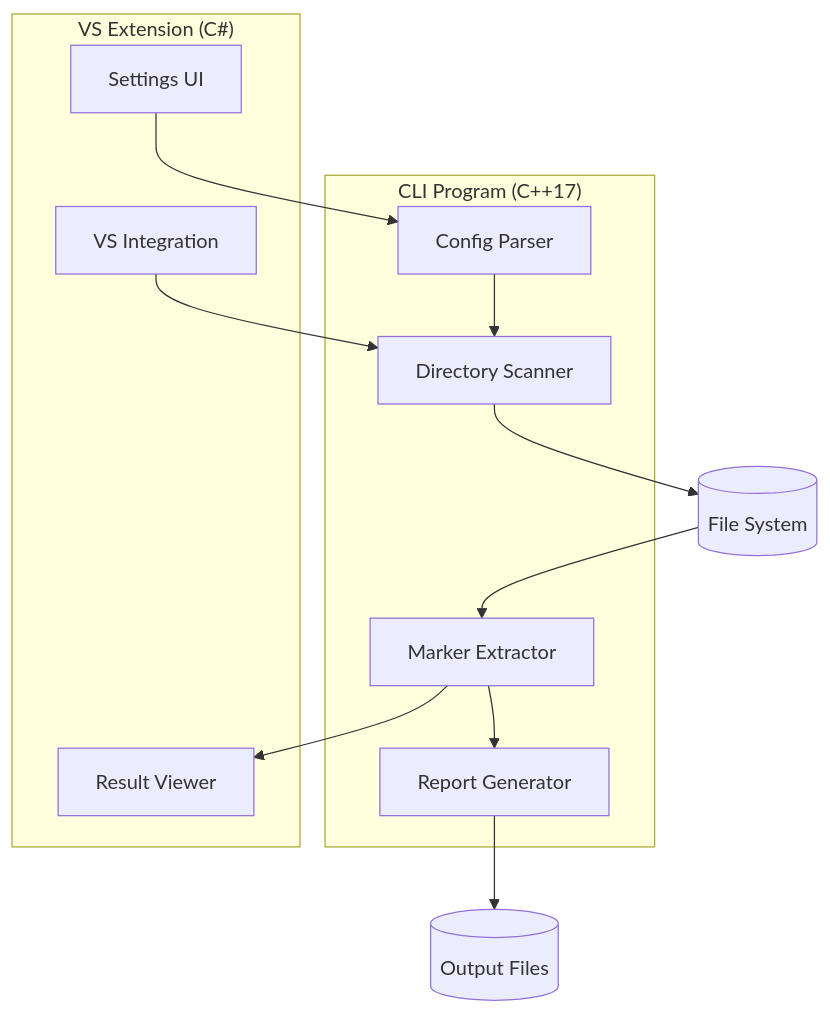
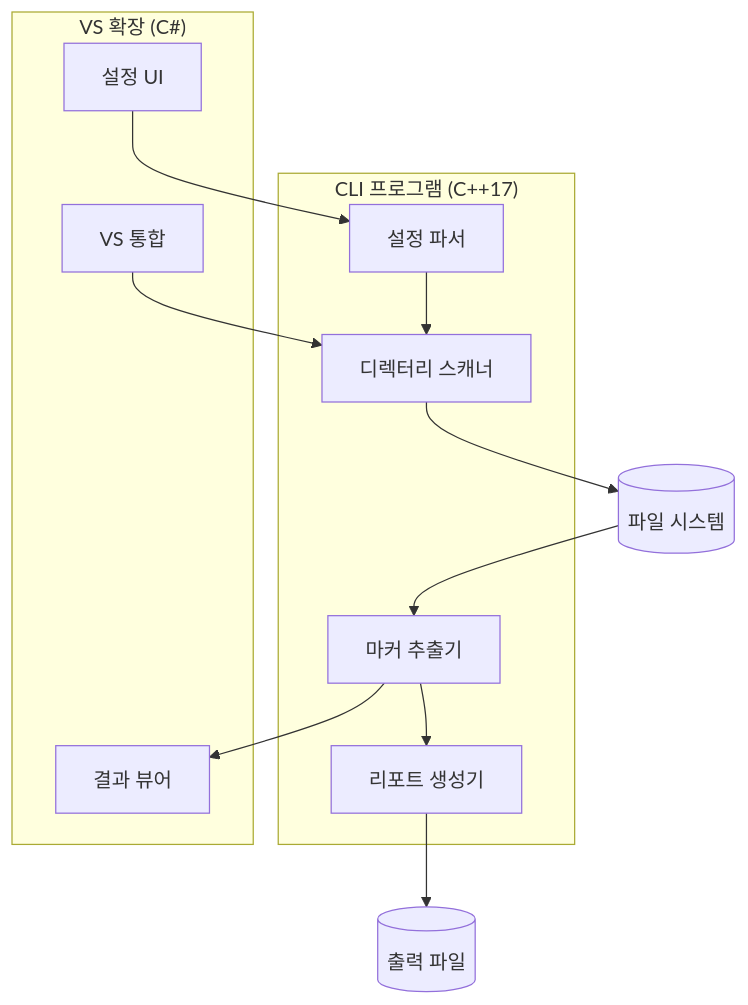
One commit to SleighMaster99/TODOExtractor changed the first of 4 diagrams in docs/architecture.md. Above: the diagram before and after it, drawn with Mermaid. The commit also changed other lines of this file and 1 other file, not shown here.

````diff
--- a/docs/architecture.md
+++ b/docs/architecture.md
@@ -46,28 +46,28 @@
 ```mermaid
 graph TB
-    subgraph CLI["CLI Program (C++17)"]
-        Config[Config Parser]
-        Scanner[Directory Scanner]
-        Extractor[Marker Extractor]
-        Reporter[Report Generator]
+    subgraph CLI["CLI 프로그램 (C++17)"]
+        Config[설정 파서]
+        Scanner[디렉터리 스캐너]
+        Extractor[마커 추출기]
+        Reporter[리포트 생성기]
     end
 
-    subgraph VSExt["VS Extension (C#)"]
-        UI[Settings UI]
-        Viewer[Result Viewer]
-        Integration[VS Integration]
+    subgraph VSExt["VS 확장 (C#)"]
+        UI[설정 UI]
+        Viewer[결과 뷰어]
+        Integration[VS 통합]
     end
 
-    FS[(File System)]
-    Output[(Output Files)]
+    FS[(파일 시스템)]
+    Output[(출력 파일)]
 
     Config --> Scanner
     Scanner --> FS
     FS --> Extractor
     Extractor --> Reporter
     Reporter --> Output
 
     UI --> Config
     Integration --> Scanner
     Extractor --> Viewer
 ```
````
